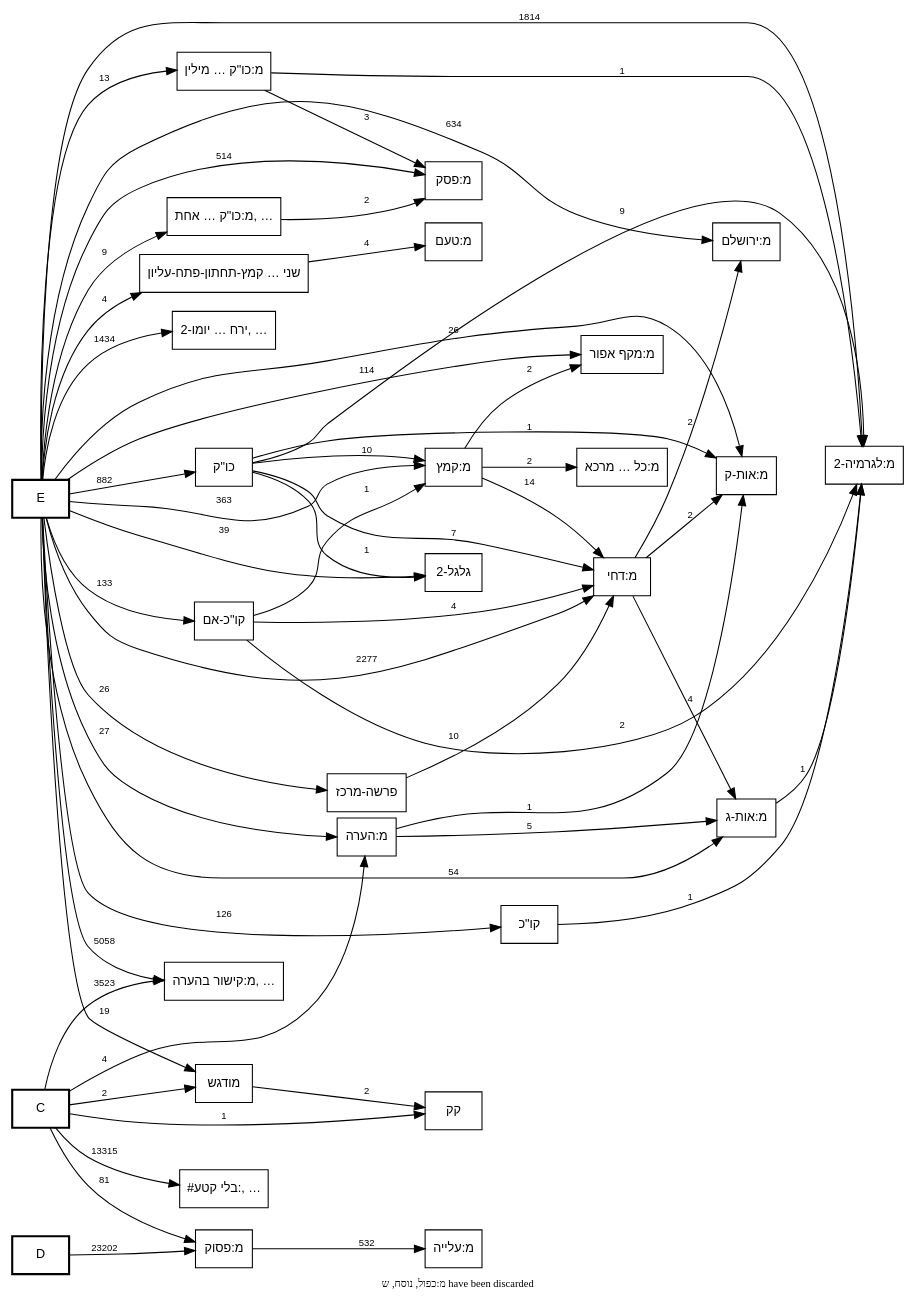
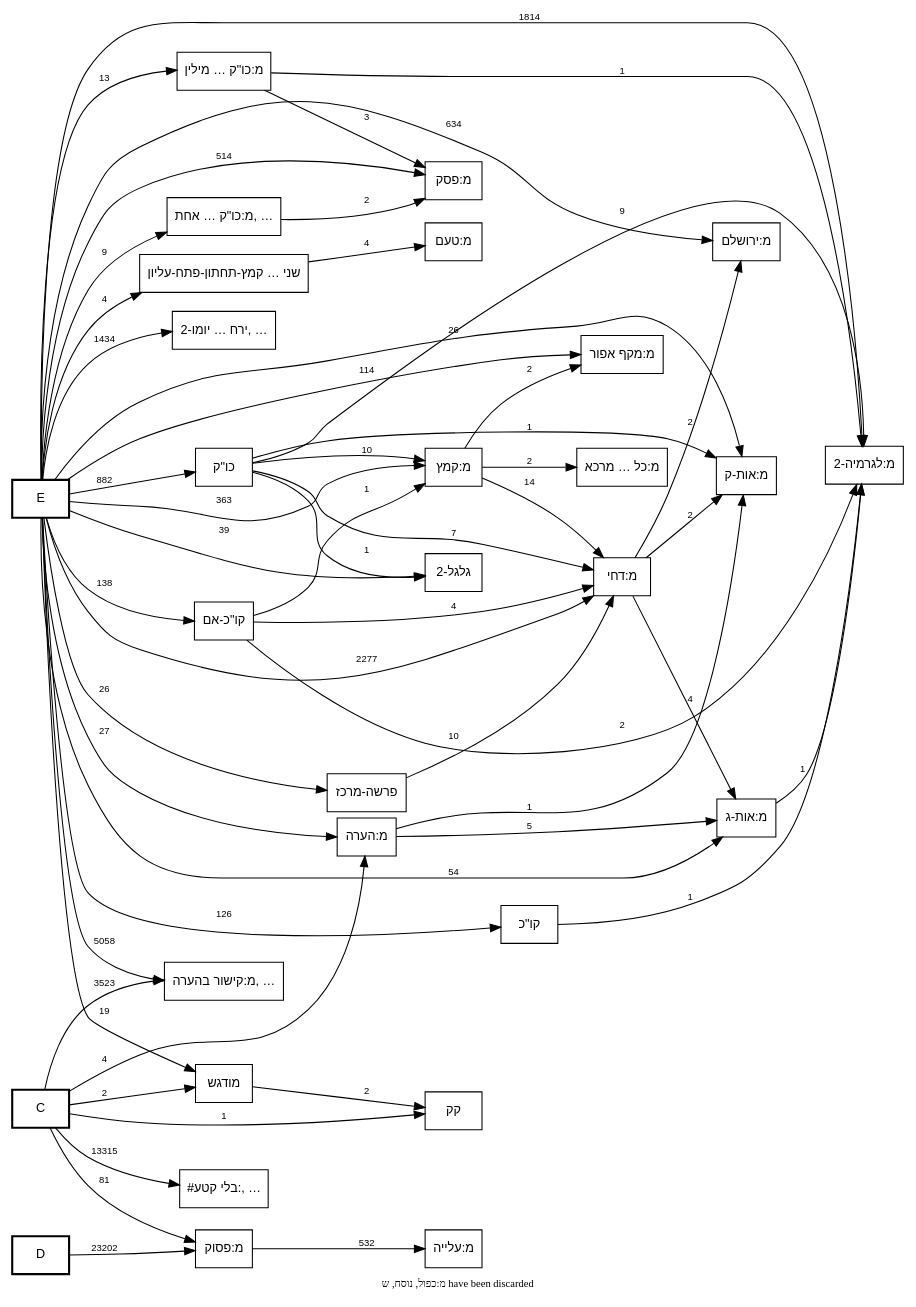
Before and after one commit to bdenckla/MAM-basics: the diagram in out/MAM-tmpl-survey/plain-call-graph.dot, drawn with Graphviz. The commit also changed 6 other files, not shown here.

```diff
--- a/out/MAM-tmpl-survey/plain-call-graph.dot
+++ b/out/MAM-tmpl-survey/plain-call-graph.dot
@@ -1,165 +1,165 @@
 digraph template_call_graph {
     rankdir=LR;
     node [fontname="SBL Hebrew,Helvetica", fontsize=12];
     edge [fontname="Helvetica", fontsize=9];
 
     // Column nodes
     node [shape=box, style=bold];
     "C";
     "D";
     "E";
 
     // Template nodes
     node [shape=box, style=""];
     "#בלי קטע:" [label="#בלי קטע:, …", tooltip="#בלי קטע:
 #בלי קטע:דברי הימים א טז/טעמים
 #בלי קטע:דברים לב/טעמים
 #בלי קטע:יהושע יב/טעמים
 #בלי קטע:מלכי כנען/צורת השיר
 #בלי קטע:עשרת בני המן/צורת השיר
 #בלי קטע:שופטים ה/טעמים
 #בלי קטע:שירת אסף/צורת השיר
 #בלי קטע:שירת דבורה/צורת השיר
 #בלי קטע:שירת דוד/צורת השיר
 #בלי קטע:שירת האזינו/צורת השיר
 #בלי קטע:שירת הים/צורת השיר
 #בלי קטע:שירת העתים/צורת השיר
 #בלי קטע:שמואל ב כב/טעמים
 #בלי קטע:שמות טו/טעמים
 #קטע:אסתר ט/טעמים
 #קטע:דברי הימים א טז/טעמים
 #קטע:דברים לב/טעמים
 #קטע:יהושע יב/טעמים
 #קטע:מלכי כנען/צורות נוספות
 #קטע:מלכי כנען/צורת השיר
 #קטע:עשרת בני המן/צורות נוספות
 #קטע:עשרת בני המן/צורת השיר
 #קטע:עשרת הדברות בסיס/טעמים
 #קטע:עשרת הדברות/טעמים
 #קטע:קהלת ג/טעמים
 #קטע:שירת אסף/צורות נוספות
 #קטע:שירת אסף/צורת השיר
 #קטע:שירת דבורה/צורות נוספות
 #קטע:שירת דבורה/צורת השיר
 #קטע:שירת דוד/צורות נוספות
 #קטע:שירת דוד/צורת השיר
 #קטע:שירת האזינו/צורות נוספות
 #קטע:שירת האזינו/צורת השיר
 #קטע:שירת הים/צורות נוספות
 #קטע:שירת הים/צורת השיר
 #קטע:שירת העתים/צורות נוספות
 #קטע:שירת העתים/צורת השיר
 #קטע:שמות טו/טעמים
 בסיס-משתמש
 טעמי המקרא באינטרנט
 מ:אין פרשה בתחילת פרק
 מ:אין פרשה בתחילת פרק בספרי אמ\"ת
 מ:אין רווח של פרשה בתחילת פרשת השבוע
 מ:טעמי המקרא
 מ:טעמי המקרא-סוף
 מ:יישור-בשני-הצדדים
 מ:יישור-בשני-הצדדים-סוף
 מ:סיום בטוב
 מ:ספר חדש
 מ:רווח בתרי עשר
 מ:רווח בתרי עשר בפסוק הראשון
 מ:רווח לספר בתהלים
 מ:רווח לספר בתהלים בפסוק הראשון
 מ:שוליים
 מ:שוליים-סוף
 ניווט טעמים
 עוגן בשורה
 צורות כתיבה בספרי אמ\"ת
 ר4"];
     "ירח בן יומו-2" [label="ירח … יומו-2, …", tooltip="ירח בן יומו-2
 כתיב ולא קרי
 מ:אות מנוקדת
 מ:אות תלויה
 מ:גרש ותלישא גדולה
 מ:גרשיים ותלישא גדולה
 מ:טעם ומתג באות אחת
 מ:ירושלמה
 מ:כו\"ק בין שני מקפים
 מ:כו\"ק כתיב מילה חדה וקרי תרתין מילין בין שני מקפים
 מ:כו\"ק כתיב תרתין מילין וקרי מילה חדה
 מ:כו\"ק קרי שונה מהכתיב בשתי מילים
 מ:כו\"ק של שלוש מילים בהערה אחת
 מ:נו\"ן הפוכה
 מ:צינור
 מ:קו\"כ קרי שונה מהכתיב בשתי מילים
 מ:קישור פנימי בהערה
 קרי ולא כתיב
 ר0
 ר2
 ר3
 רווח בסוף שורה"];
     "מ:כו\"ק כתיב מילה חדה וקרי תרתין מילין" [label="מ:כו\"ק … מילין", tooltip="מ:כו\"ק כתיב מילה חדה וקרי תרתין מילין"];
     "מ:כו\"ק של שתי מילים בהערה אחת" [label="מ:כו\"ק … אחת, …", tooltip="מ:כו\"ק של שתי מילים בהערה אחת
 מ:קו\"כ כתיב מילה חדה וקרי תרתין מילין"];
     "מ:כל קמץ קטן מרכא" [label="מ:כל … מרכא", tooltip="מ:כל קמץ קטן מרכא"];
     "מ:קישור בהערה" [label="מ:קישור בהערה, …", tooltip="מ:קישור בהערה
 מ:ששש
 סס
 ססס
 פפ
 פפפ
 ר1"];
     "שני טעמים באות אחת קמץ-תחתון-פתח-עליון" [label="שני … קמץ-תחתון-פתח-עליון", tooltip="שני טעמים באות אחת קמץ-תחתון-פתח-עליון"];
 
     // Note
     graph [label="מ:כפול, נוסח, ש have been discarded", labelloc=b, fontsize=10];
 
     // Edges
     "C" -> "#בלי קטע:" [label="13315"];
     "C" -> "מ:הערה" [label="4"];
     "C" -> "מ:פסוק" [label="81"];
     "C" -> "מ:קישור בהערה" [label="3523"];
     "C" -> "מודגש" [label="2"];
     "C" -> "קק" [label="1"];
     "D" -> "מ:פסוק" [label="23202"];
     "E" -> "גלגל-2" [label="39"];
     "E" -> "ירח בן יומו-2" [label="1434"];
     "E" -> "כו\"ק" [label="882"];
     "E" -> "מ:אות-ג" [label="54"];
     "E" -> "מ:אות-ק" [label="26"];
     "E" -> "מ:דחי" [label="2277"];
     "E" -> "מ:הערה" [label="27"];
     "E" -> "מ:ירושלם" [label="634"];
     "E" -> "מ:כו\"ק כתיב מילה חדה וקרי תרתין מילין" [label="13"];
     "E" -> "מ:כו\"ק של שתי מילים בהערה אחת" [label="9"];
     "E" -> "מ:לגרמיה-2" [label="1814"];
     "E" -> "מ:מקף אפור" [label="114"];
     "E" -> "מ:פסק" [label="514"];
     "E" -> "מ:קישור בהערה" [label="5058"];
     "E" -> "מ:קמץ" [label="363"];
     "E" -> "מודגש" [label="19"];
     "E" -> "פרשה-מרכז" [label="26"];
     "E" -> "קו\"כ" [label="126"];
-    "E" -> "קו\"כ-אם" [label="133"];
+    "E" -> "קו\"כ-אם" [label="138"];
     "E" -> "שני טעמים באות אחת קמץ-תחתון-פתח-עליון" [label="4"];
     "כו\"ק" -> "גלגל-2" [label="1"];
     "כו\"ק" -> "מ:אות-ק" [label="1"];
     "כו\"ק" -> "מ:דחי" [label="7"];
     "כו\"ק" -> "מ:לגרמיה-2" [label="9"];
     "כו\"ק" -> "מ:קמץ" [label="10"];
     "מ:אות-ג" -> "מ:לגרמיה-2" [label="1"];
     "מ:דחי" -> "מ:אות-ג" [label="4"];
     "מ:דחי" -> "מ:אות-ק" [label="2"];
     "מ:דחי" -> "מ:ירושלם" [label="2"];
     "מ:הערה" -> "מ:אות-ג" [label="5"];
     "מ:הערה" -> "מ:אות-ק" [label="1"];
     "מ:כו\"ק כתיב מילה חדה וקרי תרתין מילין" -> "מ:לגרמיה-2" [label="1"];
     "מ:כו\"ק כתיב מילה חדה וקרי תרתין מילין" -> "מ:פסק" [label="3"];
     "מ:כו\"ק של שתי מילים בהערה אחת" -> "מ:פסק" [label="2"];
     "מ:פסוק" -> "מ:עלייה" [label="532"];
     "מ:קמץ" -> "מ:דחי" [label="14"];
     "מ:קמץ" -> "מ:כל קמץ קטן מרכא" [label="2"];
     "מ:קמץ" -> "מ:מקף אפור" [label="2"];
     "מודגש" -> "קק" [label="2"];
     "פרשה-מרכז" -> "מ:דחי" [label="10"];
     "קו\"כ" -> "מ:לגרמיה-2" [label="1"];
     "קו\"כ-אם" -> "מ:דחי" [label="4"];
     "קו\"כ-אם" -> "מ:לגרמיה-2" [label="2"];
     "קו\"כ-אם" -> "מ:קמץ" [label="1"];
     "שני טעמים באות אחת קמץ-תחתון-פתח-עליון" -> "מ:טעם" [label="4"];
 }
```
